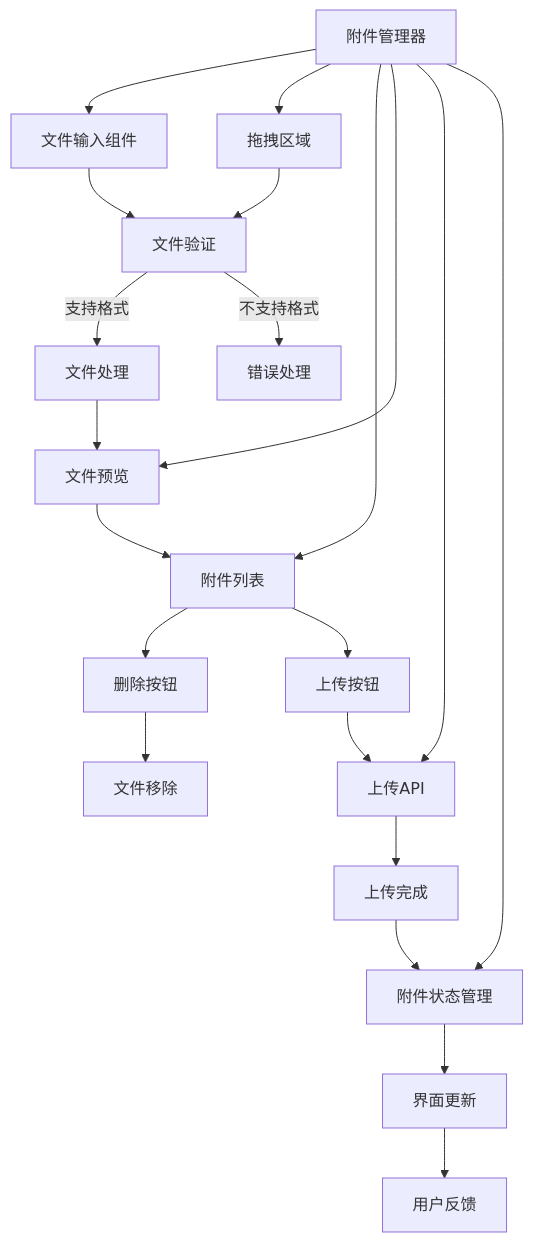
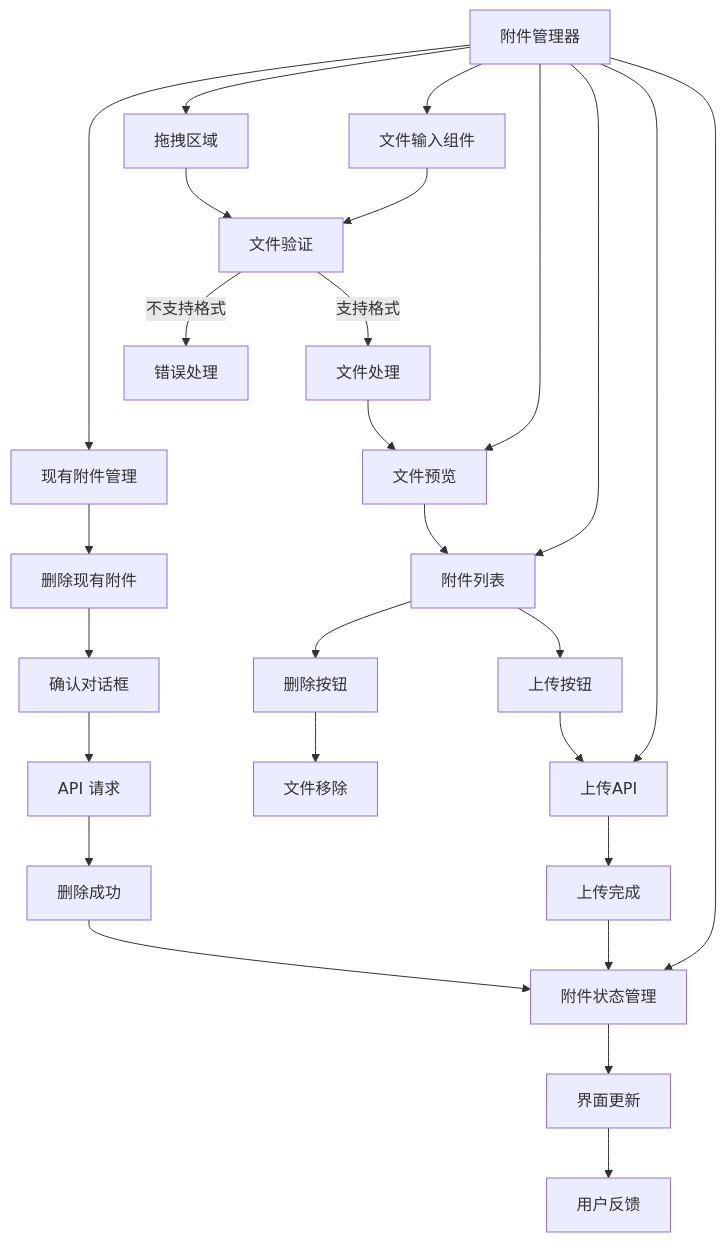
One commit to CubeEdge/Longhorn changed diagram 20 of 44 in .qoder/repowiki/zh/content/TicketCreationModal 工单创建模态框.md. Above: the diagram before and after it, drawn with Mermaid. The commit also changed other lines of this file and 53 other files, not shown here.

````diff
--- a/.qoder/repowiki/zh/content/TicketCreationModal 工单创建模态框.md
+++ b/.qoder/repowiki/zh/content/TicketCreationModal 工单创建模态框.md
@@ -1222,23 +1370,29 @@
 ```mermaid
 flowchart TD
 AttachmentManager[附件管理器] --> FileInput[文件输入组件]
 AttachmentManager --> DragDrop[拖拽区域]
 AttachmentManager --> AttachmentList[附件列表]
 AttachmentManager --> Preview[文件预览]
 AttachmentManager --> UploadAPI[上传API]
 AttachmentManager --> AttachmentState[附件状态管理]
+AttachmentManager --> ExistingAttachment[现有附件管理]
 FileInput --> FileValidation[文件验证]
 DragDrop --> FileValidation
 FileValidation --> |支持格式| FileProcessing[文件处理]
 FileValidation --> |不支持格式| ErrorHandling[错误处理]
 FileProcessing --> Preview
 Preview --> AttachmentList
 AttachmentList --> RemoveButton[删除按钮]
 RemoveButton --> FileRemoval[文件移除]
 AttachmentList --> UploadButton[上传按钮]
 UploadButton --> UploadAPI
 UploadAPI --> UploadComplete[上传完成]
 UploadComplete --> AttachmentState
 AttachmentState --> UIUpdate[界面更新]
 UIUpdate --> UserFeedback[用户反馈]
+ExistingAttachment --> RemoveExisting[删除现有附件]
+RemoveExisting --> ConfirmDialog[确认对话框]
+ConfirmDialog --> APIRequest[API 请求]
+APIRequest --> Success[删除成功]
+Success --> AttachmentState
 ```
````
